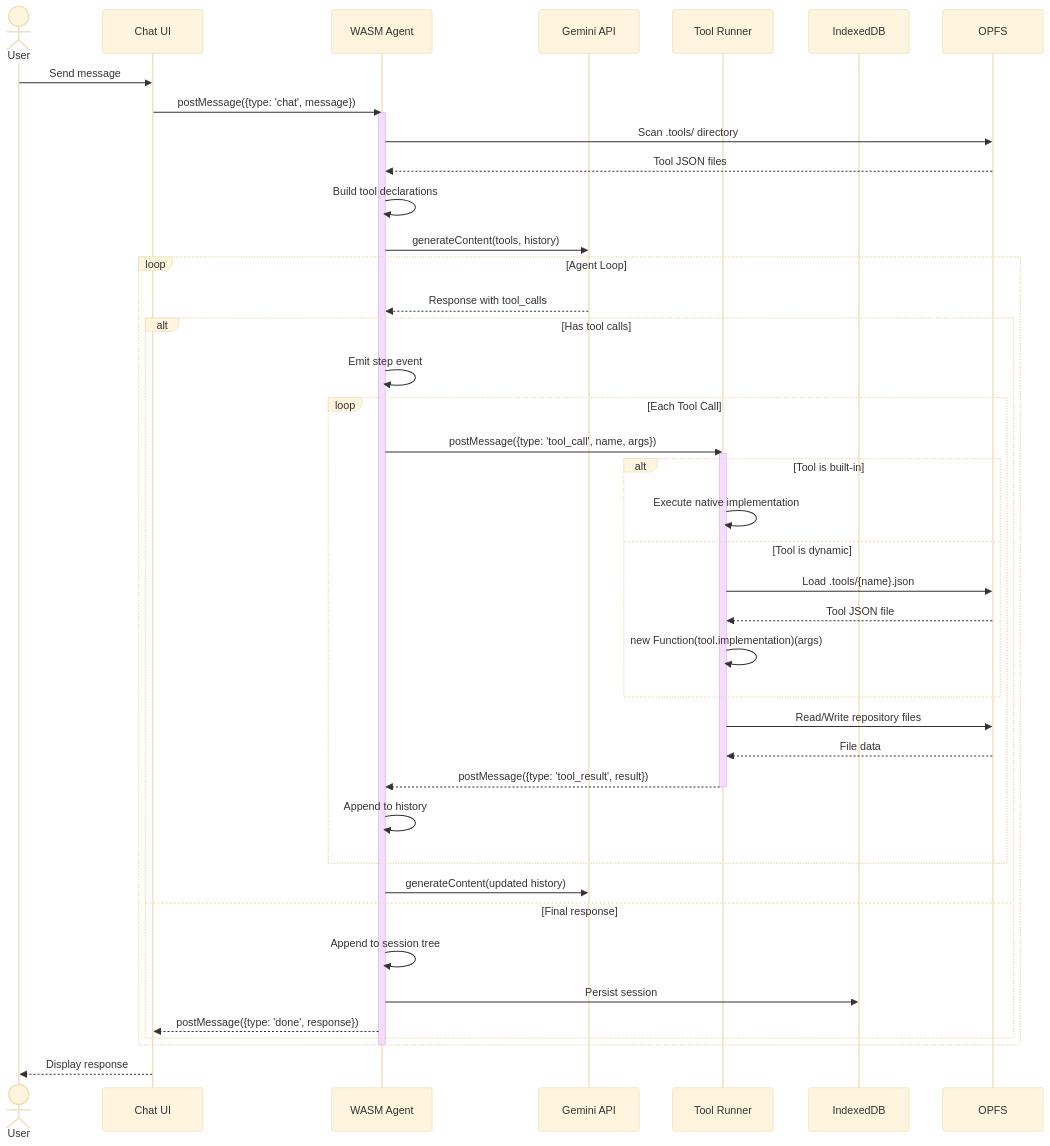
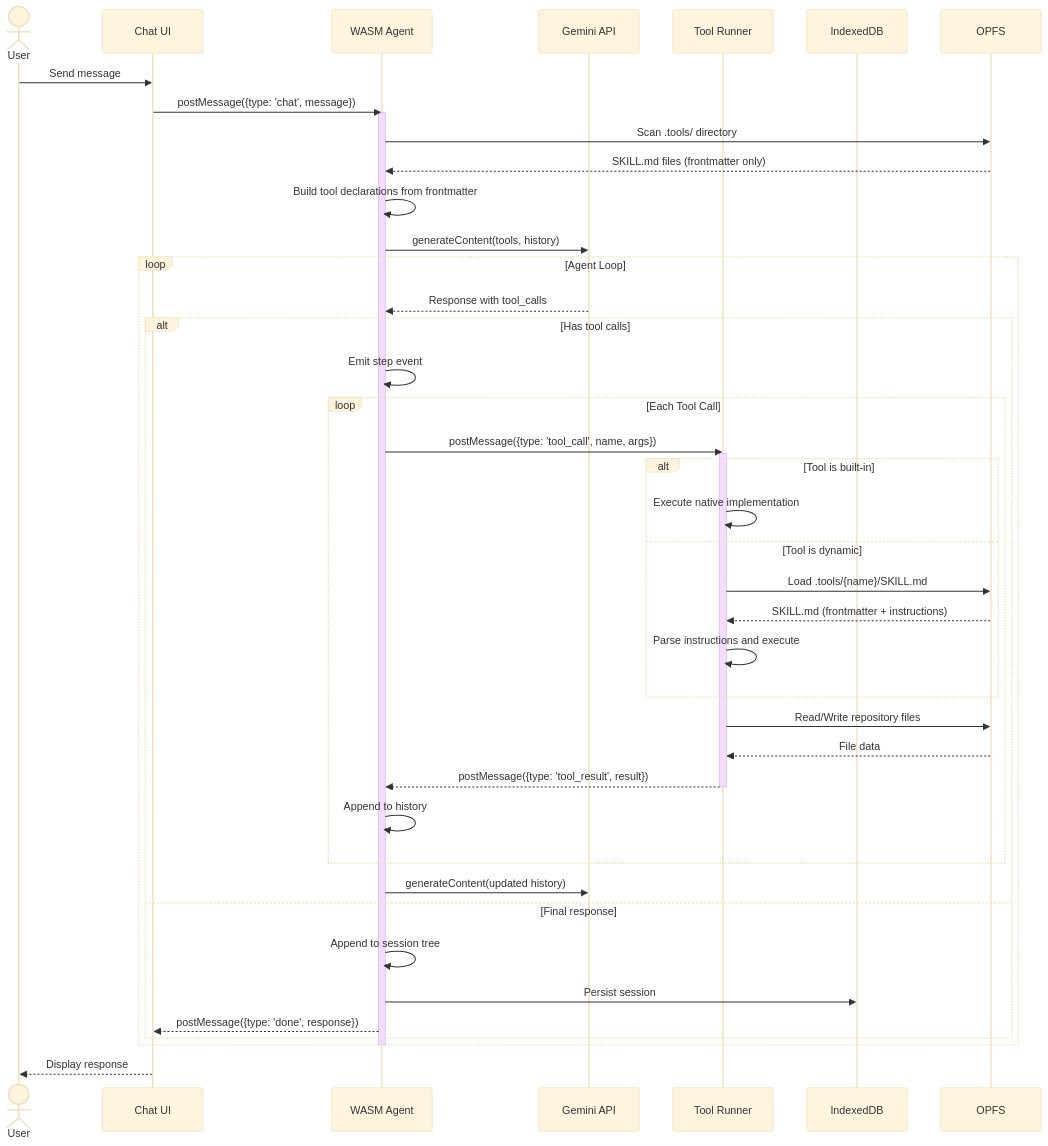
One commit to weolopez/aardvark changed the fifth of 8 diagrams in ARCHITECTURE.md. Above: the diagram before and after it, drawn with Mermaid (base theme). The commit also changed other lines of this file, not shown here.

First line of the commit message:
docs: Update tool definitions to use SKILL.md format inspired by Claude's Agent Skills system

````diff
--- a/ARCHITECTURE.md
+++ b/ARCHITECTURE.md
@@ -418,59 +462,59 @@
 ```mermaid
 sequenceDiagram
     actor User
     participant UI as Chat UI
     participant Agent as WASM Agent
     participant LLM as Gemini API
     participant TR as Tool Runner
     participant DB as IndexedDB
     participant OPFS as OPFS
     
     User->>UI: Send message
     
     UI->>Agent: postMessage({type: 'chat', message})
     activate Agent
     
     Agent->>OPFS: Scan .tools/ directory
-    OPFS-->>Agent: Tool JSON files
+    OPFS-->>Agent: SKILL.md files (frontmatter only)
     
-    Agent->>Agent: Build tool declarations
+    Agent->>Agent: Build tool declarations from frontmatter
     Agent->>LLM: generateContent(tools, history)
     
     loop Agent Loop
         LLM-->>Agent: Response with tool_calls
         
         alt Has tool calls
             Agent->>Agent: Emit step event
             
             loop Each Tool Call
                 Agent->>TR: postMessage({type: 'tool_call', name, args})
                 activate TR
                 
                 alt Tool is built-in
                     TR->>TR: Execute native implementation
                 else Tool is dynamic
-                    TR->>OPFS: Load .tools/{name}.json
-                    OPFS-->>TR: Tool JSON file
-                    TR->>TR: new Function(tool.implementation)(args)
+                    TR->>OPFS: Load .tools/{name}/SKILL.md
+                    OPFS-->>TR: SKILL.md (frontmatter + instructions)
+                    TR->>TR: Parse instructions and execute
                 end
                 
                 TR->>OPFS: Read/Write repository files
                 OPFS-->>TR: File data
                 
                 TR-->>Agent: postMessage({type: 'tool_result', result})
                 deactivate TR
                 
                 Agent->>Agent: Append to history
             end
             
             Agent->>LLM: generateContent(updated history)
         else Final response
             Agent->>Agent: Append to session tree
             Agent->>DB: Persist session
             Agent-->>UI: postMessage({type: 'done', response})
         end
     end
     deactivate Agent
     
     UI-->>User: Display response
 ```
````
